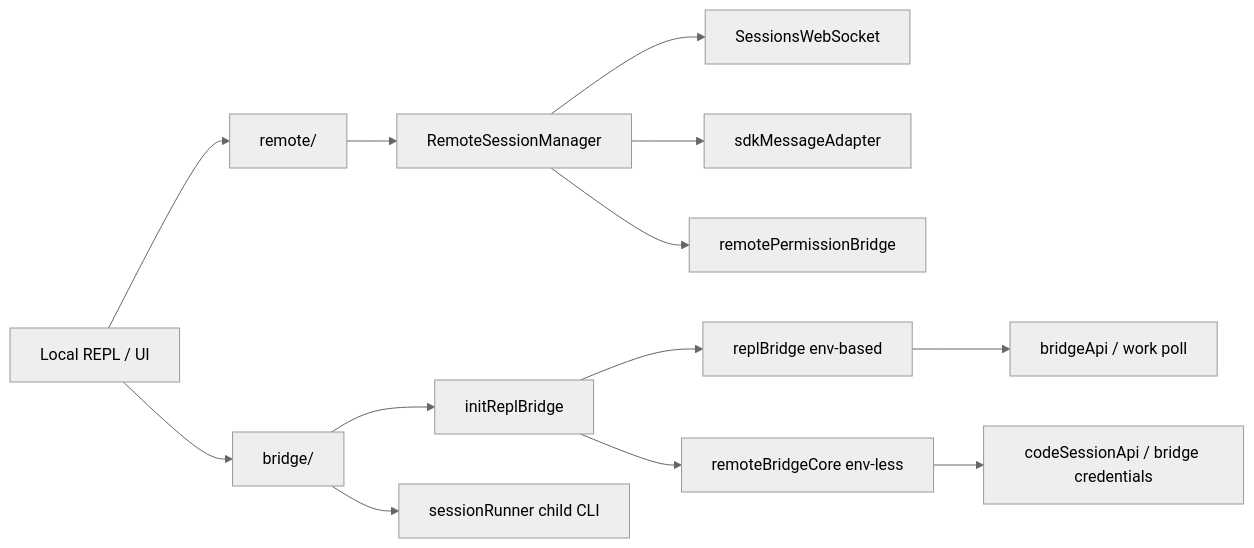
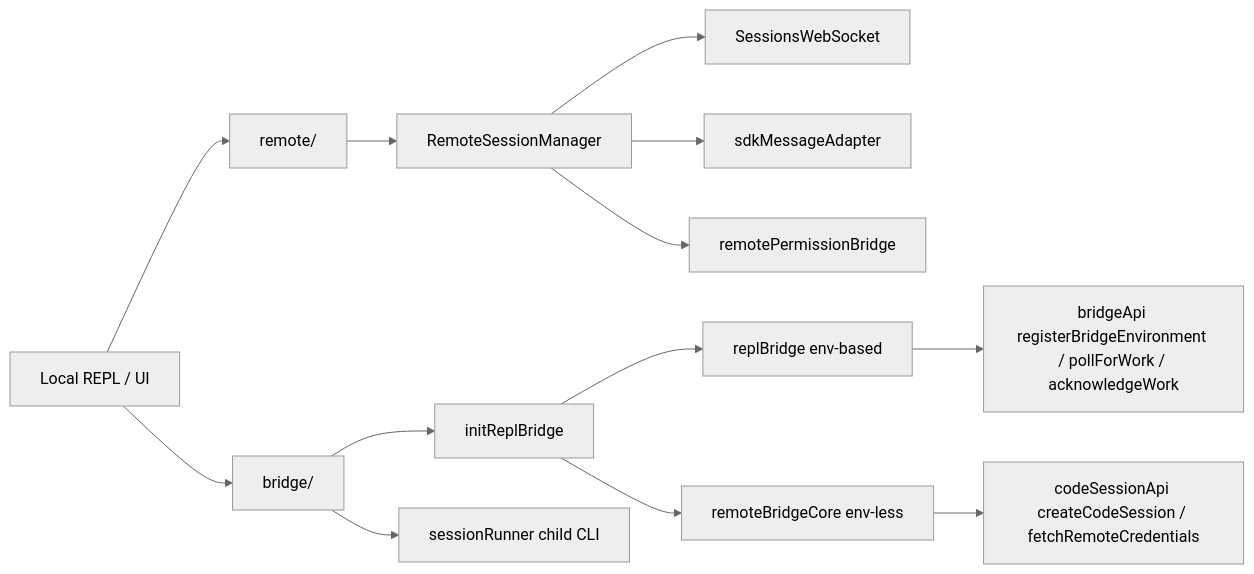
Before and after one commit to Boulea7/ClaudeCode-Source-DeepDive: the diagram in MODULES/07-remote-session-bridge-and-sdk/DEEP/README.md, drawn with Mermaid (neutral theme). The commit also changed other lines of this file and 7 other files, not shown here.

````diff
--- a/MODULES/07-remote-session-bridge-and-sdk/DEEP/README.md
+++ b/MODULES/07-remote-session-bridge-and-sdk/DEEP/README.md
@@ -188,16 +196,16 @@
 ```mermaid
 flowchart LR
     A[Local REPL / UI] --> B[remote/]
     B --> C[RemoteSessionManager]
     C --> D[SessionsWebSocket]
     C --> E[sdkMessageAdapter]
     C --> F[remotePermissionBridge]
 
     A --> G[bridge/]
     G --> H[initReplBridge]
     H --> I[replBridge env-based]
     H --> J[remoteBridgeCore env-less]
-    I --> K[bridgeApi / work poll]
-    J --> L[codeSessionApi / bridge credentials]
+    I --> K[bridgeApi registerBridgeEnvironment / pollForWork / acknowledgeWork]
+    J --> L[codeSessionApi createCodeSession / fetchRemoteCredentials]
     G --> M[sessionRunner child CLI]
 ```
````
